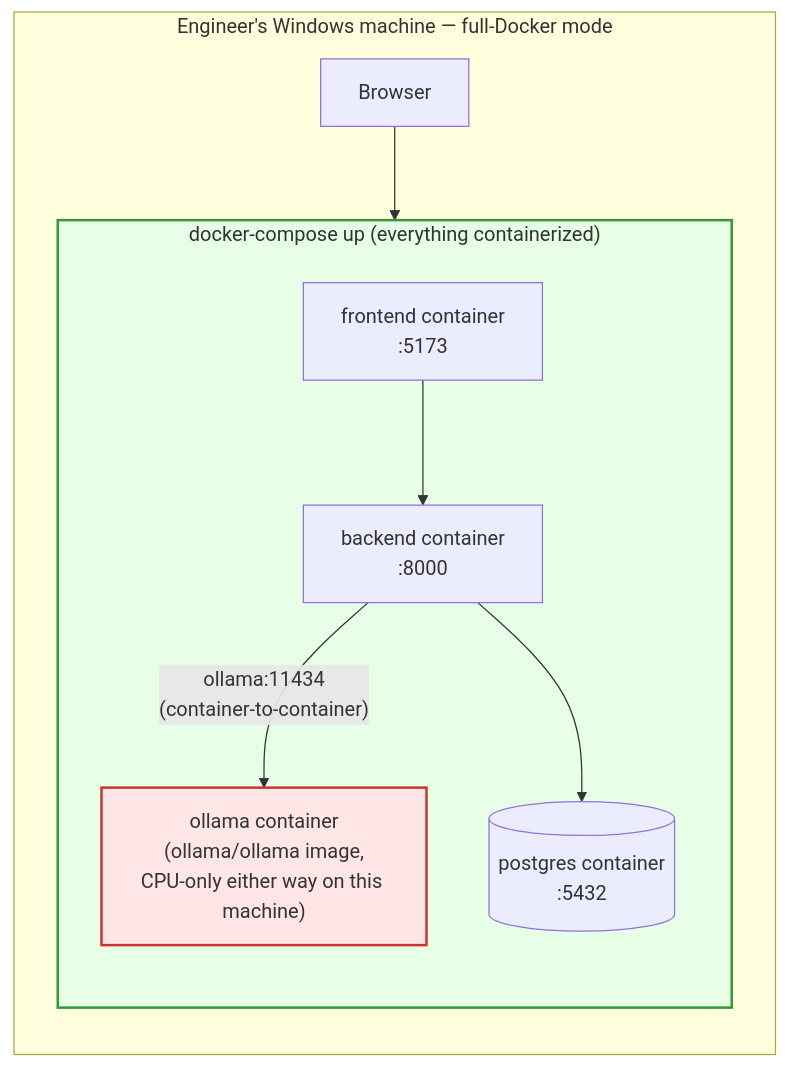
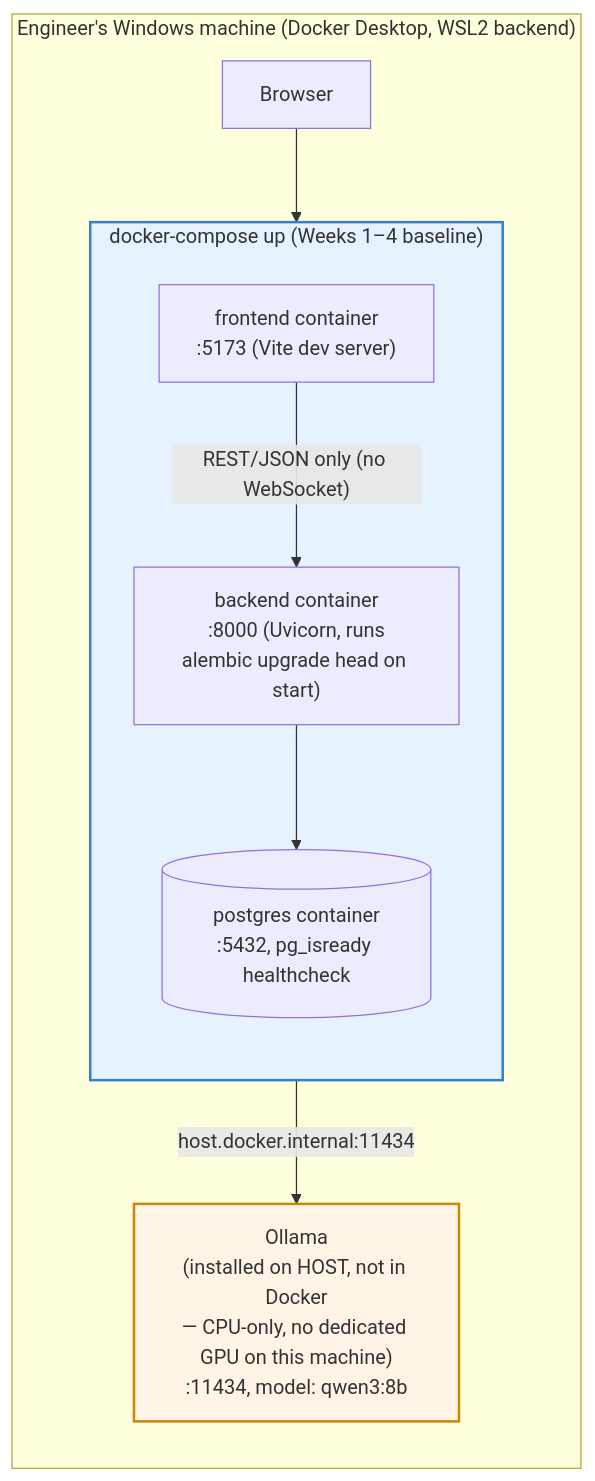
The second of 2 diagrams in docs/diagrams/6.5-deployment-topology.md (ZemaKing/secure-ship-ai), drawn with Mermaid before and after one commit. The commit also changed 8 other files, not shown here.

First line of the commit message:
Containerize Ollama as a Compose service, close out Week 5 stretch goals

````diff
--- a/docs/diagrams/6.5-deployment-topology.md
+++ b/docs/diagrams/6.5-deployment-topology.md
@@ -37,22 +35,24 @@
 ```mermaid
 flowchart LR
-    subgraph DevMachine["Engineer's Windows machine — full-Docker mode"]
+    subgraph DevMachine["Engineer's Windows machine (Docker Desktop, WSL2 backend)"]
         direction TB
-        subgraph Compose["docker-compose up (everything containerized)"]
+
+        subgraph Compose["docker-compose up (Weeks 1–4 baseline)"]
             direction TB
-            ReactC2["frontend container<br/>:5173"]
-            PyC2["backend container<br/>:8000"]
-            PgC2[("postgres container<br/>:5432")]
-            OllamaC["ollama container<br/>(ollama/ollama image,<br/>CPU-only either way on this machine)"]
+            ReactC["frontend container<br/>:5173 (Vite dev server)"]
+            PyC["backend container<br/>:8000 (Uvicorn, runs<br/>alembic upgrade head on start)"]
+            PgC[("postgres container<br/>:5432, pg_isready healthcheck")]
         end
-        Browser2[Browser]
+
+        Browser[Browser]
+        OllamaHost["Ollama<br/>(installed on HOST, not in Docker<br/>— CPU-only, no dedicated GPU on this machine)<br/>:11434, model: qwen3:8b"]
     end
 
-    Browser2 --> ReactC2
-    ReactC2 --> PyC2
-    PyC2 -->|"ollama:11434<br/>(container-to-container)"| OllamaC
-    PyC2 --> PgC2
+    Browser --> ReactC
+    ReactC -->|"REST/JSON only (no WebSocket)"| PyC
+    PyC -->|"host.docker.internal:11434"| OllamaHost
+    PyC --> PgC
 
-    style Compose fill:#e6ffe6,stroke:#339933,stroke-width:2px
-    style OllamaC fill:#ffe6e6,stroke:#cc3333,stroke-width:2px
+    style Compose fill:#e6f2ff,stroke:#3380cc,stroke-width:2px
+    style OllamaHost fill:#fff4e6,stroke:#cc8800,stroke-width:2px
 ```
````
